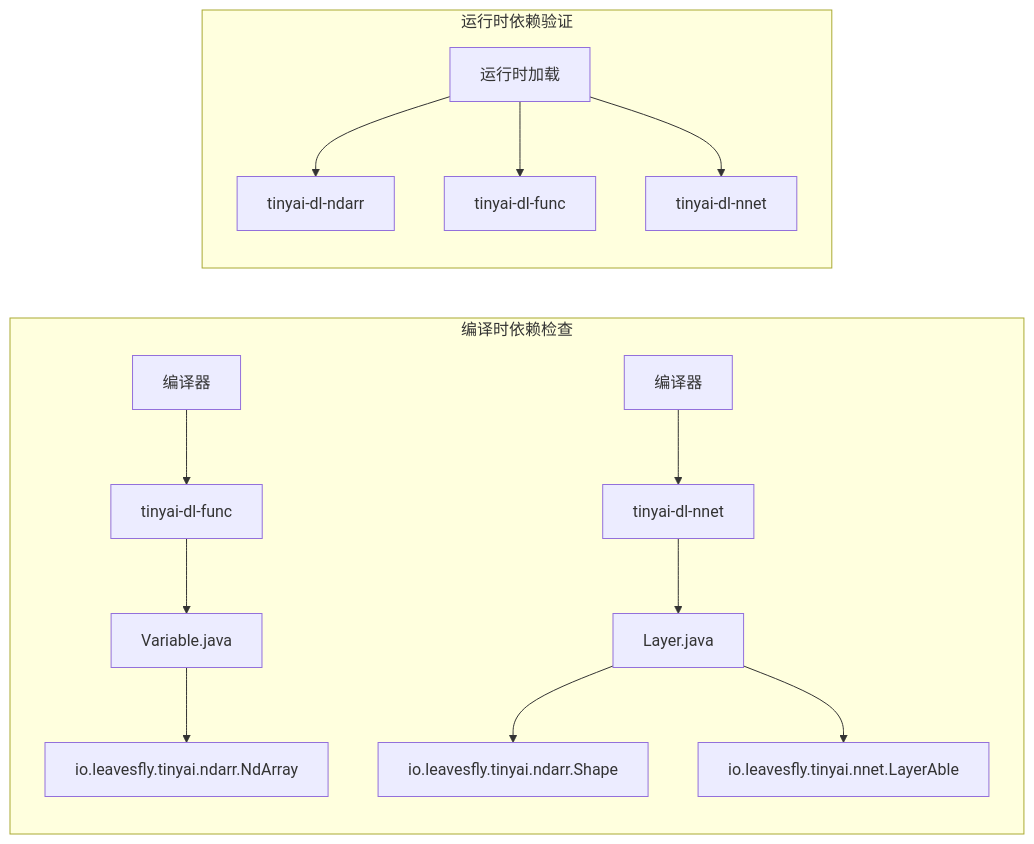
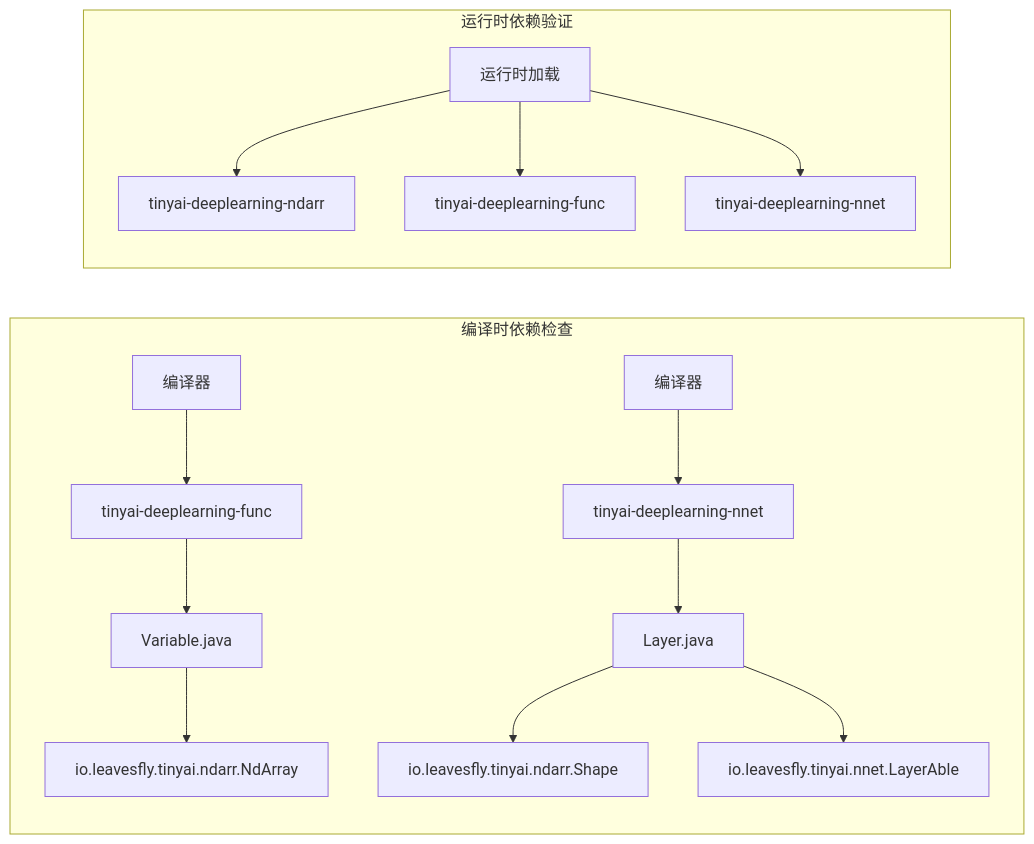
Before and after one commit to Leavesfly/TinyAI: the fifth of 8 diagrams in .qoder/repowiki/zh/content/技术架构/构建系统与模块化/依赖管理/依赖管理.md, drawn with Mermaid. The commit also changed other lines of this file and 40 other files, not shown here.

````diff
--- a/.qoder/repowiki/zh/content/技术架构/构建系统与模块化/依赖管理/依赖管理.md
+++ b/.qoder/repowiki/zh/content/技术架构/构建系统与模块化/依赖管理/依赖管理.md
@@ -337,17 +360,17 @@
 ```mermaid
 flowchart LR
 subgraph "编译时依赖检查"
-A[编译器] --> B[tinyai-dl-func]
+A[编译器] --> B[tinyai-deeplearning-func]
 B --> C[Variable.java]
 C --> D[io.leavesfly.tinyai.ndarr.NdArray]
-E[编译器] --> F[tinyai-dl-nnet]
+E[编译器] --> F[tinyai-deeplearning-nnet]
 F --> G[Layer.java]
 G --> H[io.leavesfly.tinyai.ndarr.Shape]
 G --> I[io.leavesfly.tinyai.nnet.LayerAble]
 end
 subgraph "运行时依赖验证"
-J[运行时加载] --> K[tinyai-dl-ndarr]
-J --> L[tinyai-dl-func]
-J --> M[tinyai-dl-nnet]
+J[运行时加载] --> K[tinyai-deeplearning-ndarr]
+J --> L[tinyai-deeplearning-func]
+J --> M[tinyai-deeplearning-nnet]
 end
 ```
````
